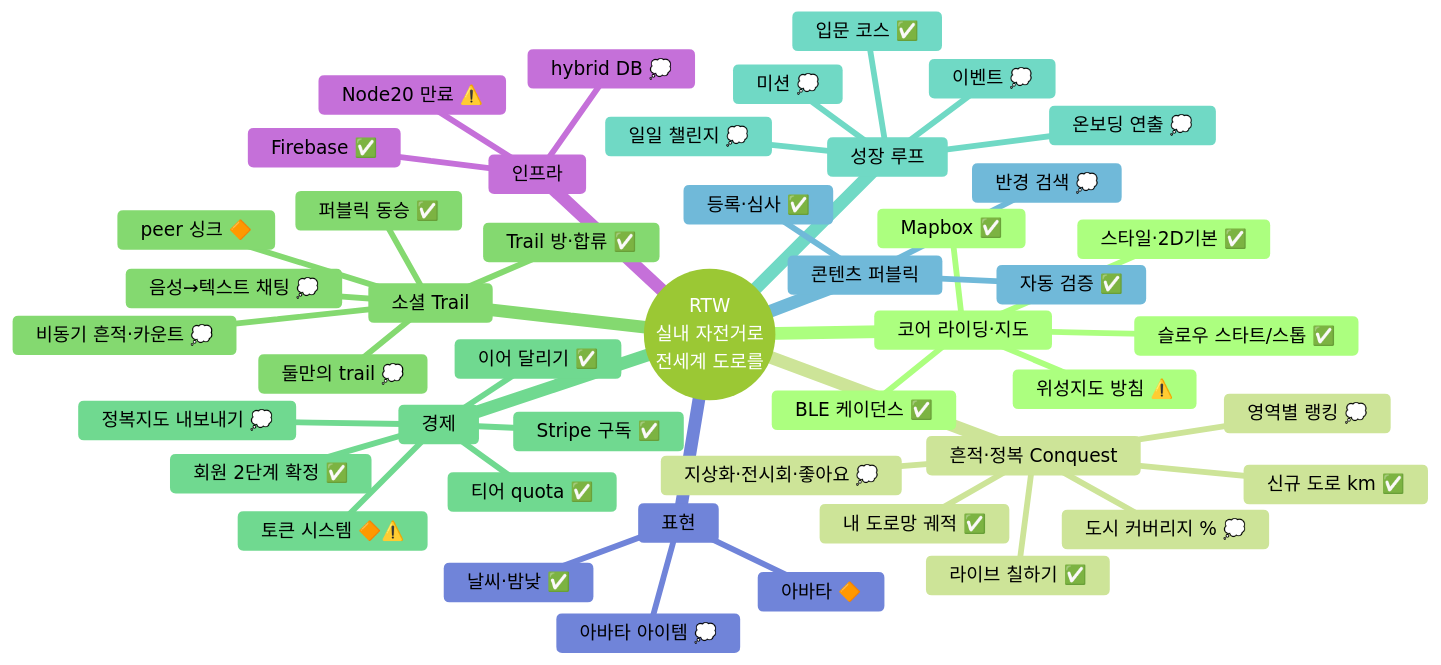
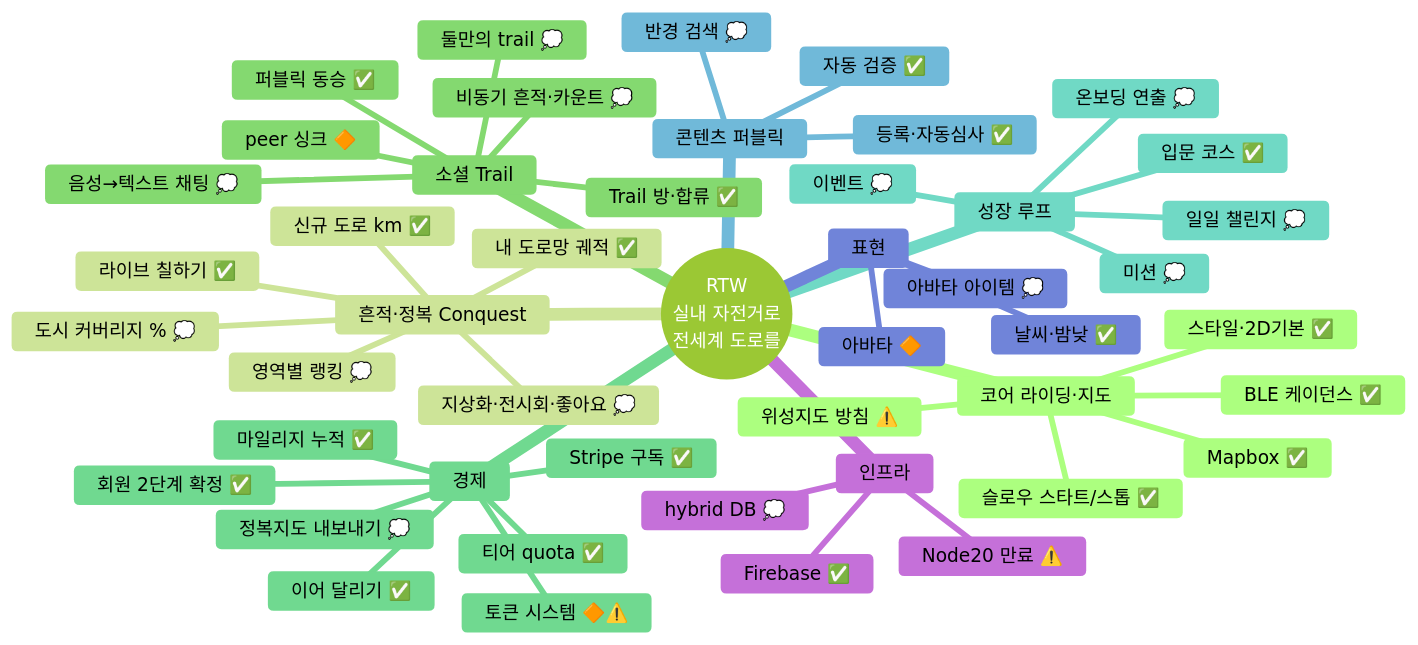
One commit to parkstery/boxcycle changed the diagram in document/260707-RTW-기능-인벤토리-상태보드.md. Above: the diagram before and after it, drawn with Mermaid (forest theme). The commit also changed other lines of this file and 18 other files, not shown here.

````diff
--- a/document/260707-RTW-기능-인벤토리-상태보드.md
+++ b/document/260707-RTW-기능-인벤토리-상태보드.md
@@ -19,49 +19,50 @@
 ```mermaid
 mindmap
   root((RTW<br/>실내 자전거로<br/>전세계 도로를))
     코어 라이딩·지도
       Mapbox ✅
       스타일·2D기본 ✅
       위성지도 방침 ⚠️
       슬로우 스타트/스톱 ✅
       BLE 케이던스 ✅
     흔적·정복 Conquest
       내 도로망 궤적 ✅
       신규 도로 km ✅
       라이브 칠하기 ✅
       도시 커버리지 % 💭
       지상화·전시회·좋아요 💭
       영역별 랭킹 💭
     소셜 Trail
       Trail 방·합류 ✅
       퍼블릭 동승 ✅
       peer 싱크 🔶
       비동기 흔적·카운트 💭
       둘만의 trail 💭
       음성→텍스트 채팅 💭
     경제
       티어 quota ✅
       이어 달리기 ✅
       Stripe 구독 ✅
+      마일리지 누적 ✅
       토큰 시스템 🔶⚠️
       회원 2단계 확정 ✅
       정복지도 내보내기 💭
     성장 루프
       입문 코스 ✅
       온보딩 연출 💭
       미션 💭
       이벤트 💭
       일일 챌린지 💭
     콘텐츠 퍼블릭
-      등록·심사 ✅
+      등록·자동심사 ✅
       자동 검증 ✅
       반경 검색 💭
     표현
       날씨·밤낮 ✅
       아바타 🔶
       아바타 아이템 💭
     인프라
       Firebase ✅
       hybrid DB 💭
       Node20 만료 ⚠️
 ```
````
